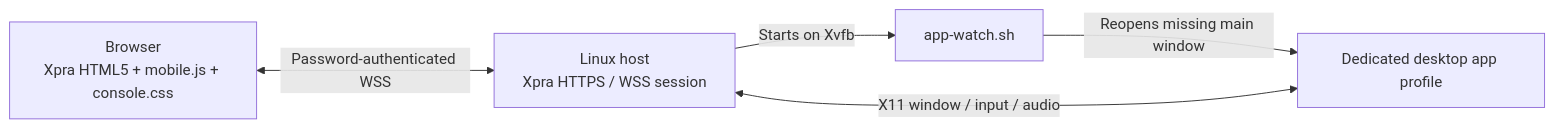
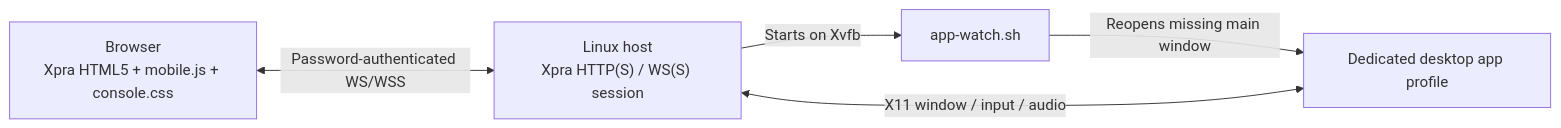
Before and after one commit to shenmuegit/codex-console: the diagram in docs/development.md, drawn with Mermaid. The commit also changed other lines of this file and 19 other files, not shown here.

Commit message:
fix: use configured certificates for native HTTPS and WSS

````diff
--- a/docs/development.md
+++ b/docs/development.md
@@ -7,11 +7,11 @@
 ```mermaid
 flowchart LR
     Browser["Browser<br/>Xpra HTML5 + mobile.js + console.css"]
-    Server["Linux host<br/>Xpra HTTPS / WSS session"]
+    Server["Linux host<br/>Xpra HTTP(S) / WS(S) session"]
     Watch["app-watch.sh"]
     App["Dedicated desktop app profile"]
-    Browser <-->|"Password-authenticated WSS"| Server
+    Browser <-->|"Password-authenticated WS/WSS"| Server
     Server -->|"Starts on Xvfb"| Watch
     Watch -->|"Reopens missing main window"| App
     Server <-->|"X11 window / input / audio"| App
 ```
````
